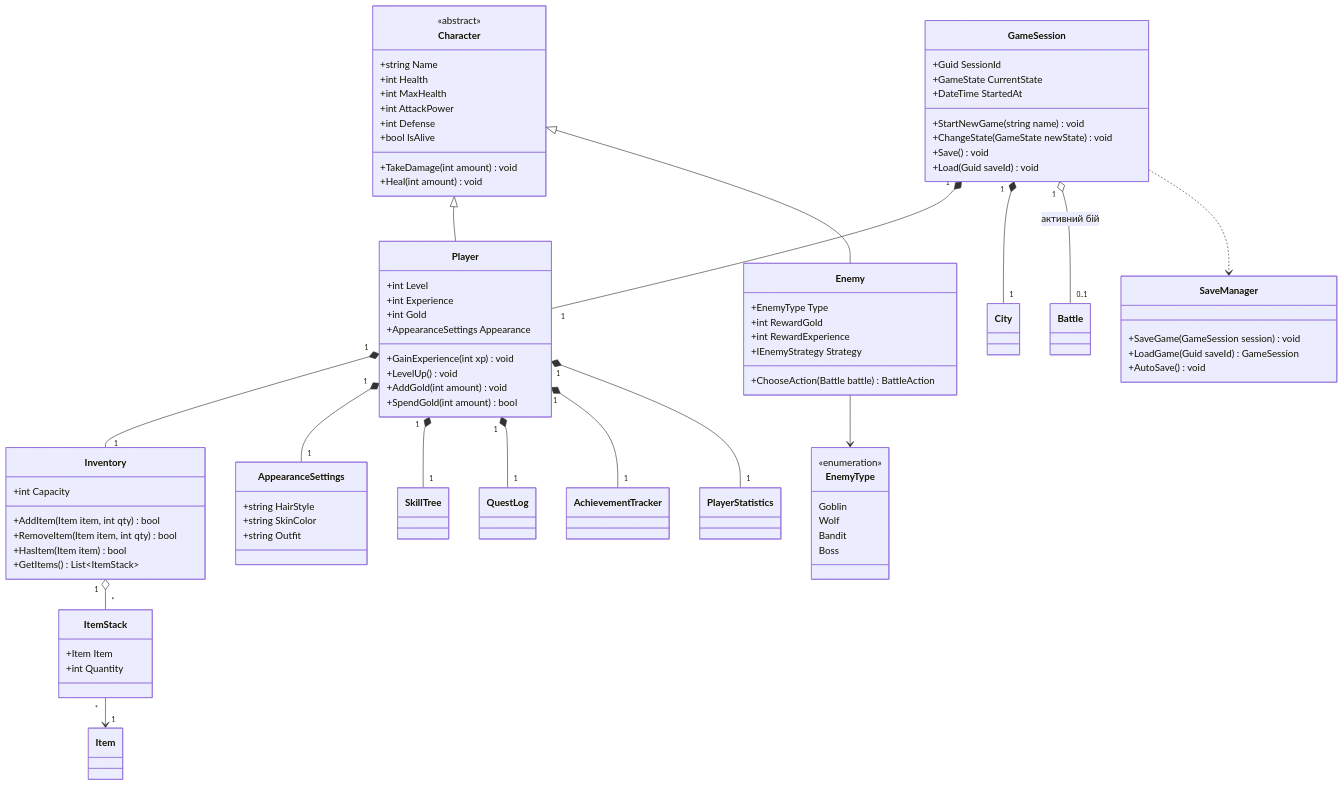
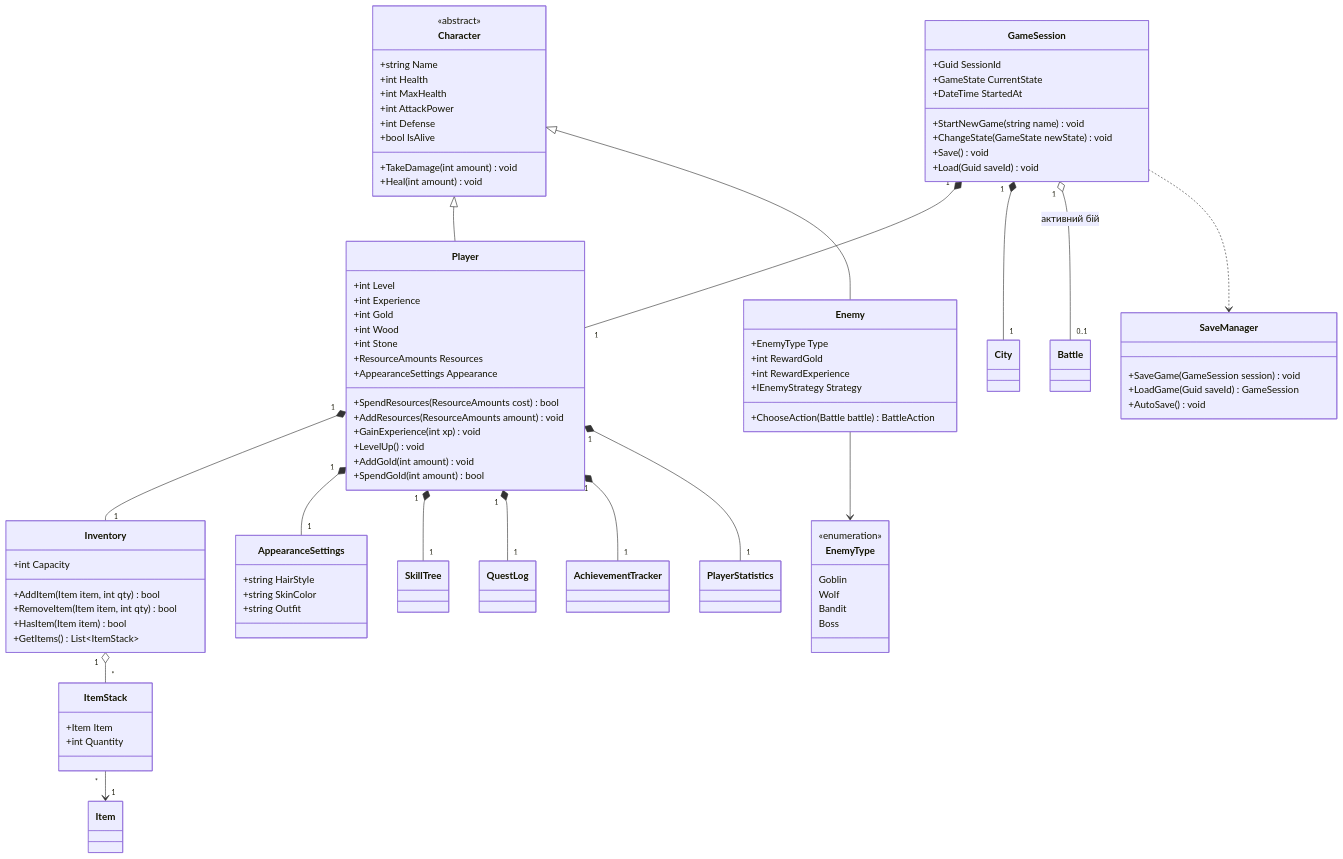
The first of 8 diagrams in Docs/UML_Class_State_DIagrams.md (ACUT-Studio/project), drawn with Mermaid before and after one commit. The commit also changed other lines of this file and 44 other files, not shown here.

```diff
--- a/Docs/UML_Class_State_DIagrams.md
+++ b/Docs/UML_Class_State_DIagrams.md
@@ -62,6 +62,11 @@
         +int Level
         +int Experience
         +int Gold
+        +int Wood
+        +int Stone
+        +ResourceAmounts Resources
+        +SpendResources(ResourceAmounts cost) bool
+        +AddResources(ResourceAmounts amount) void
         +AppearanceSettings Appearance
         +GainExperience(int xp) void
         +LevelUp() void
```
